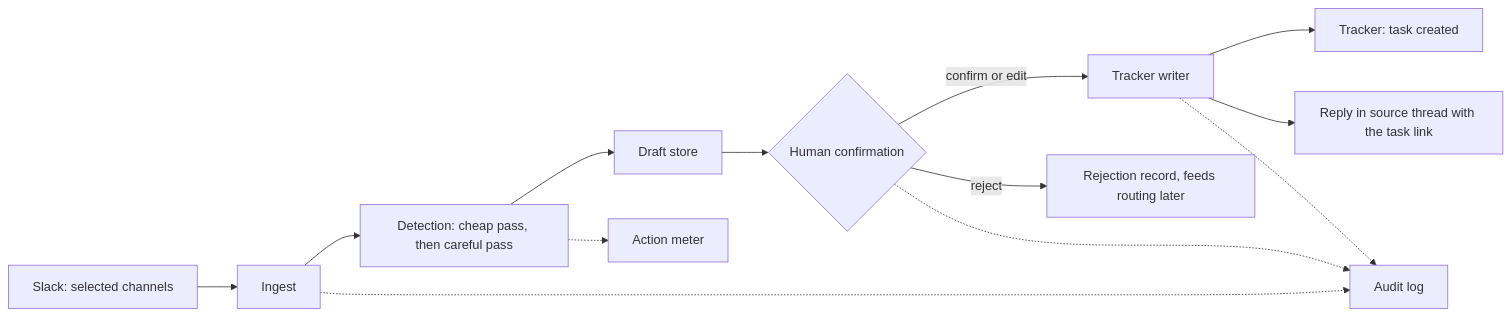
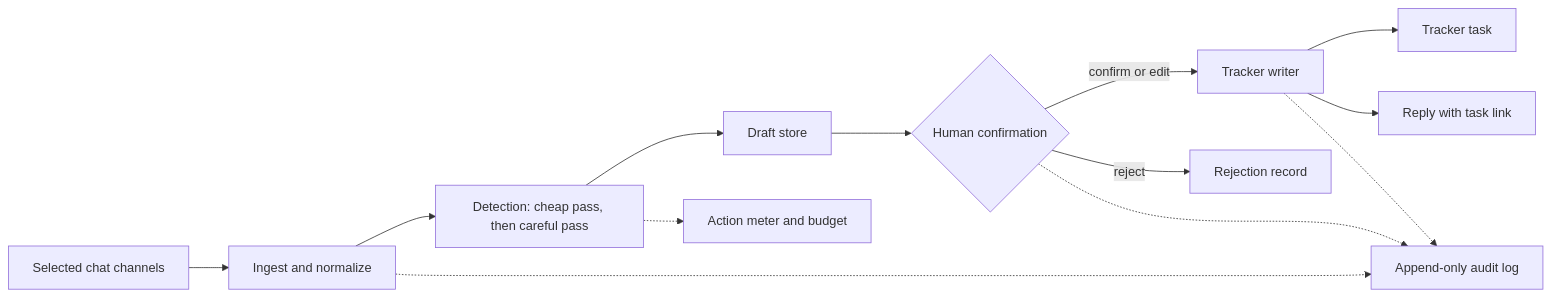
One commit to Seros-LLC/seros changed the diagram in README.md. Above: the diagram before and after it, drawn with Mermaid. The commit also changed other lines of this file, not shown here.

````diff
--- a/README.md
+++ b/README.md
@@ -68,15 +34,15 @@
 ```mermaid
 flowchart LR
-    S[Slack: selected channels] --> I[Ingest]
+    S[Selected chat channels] --> I[Ingest and normalize]
     I --> D[Detection: cheap pass, then careful pass]
-    D --> DR[Draft store]
-    DR --> C{Human confirmation}
+    D --> DS[Draft store]
+    DS --> C{Human confirmation}
     C -- confirm or edit --> W[Tracker writer]
-    C -- reject --> R[Rejection record, feeds routing later]
-    W --> T[Tracker: task created]
-    W --> B[Reply in source thread with the task link]
-    I -.-> A[Audit log]
-    D -.-> M[Action meter]
+    C -- reject --> R[Rejection record]
+    W --> T[Tracker task]
+    W --> B[Reply with task link]
+    I -.-> A[Append-only audit log]
+    D -.-> M[Action meter and budget]
     C -.-> A
     W -.-> A
 ```
````
